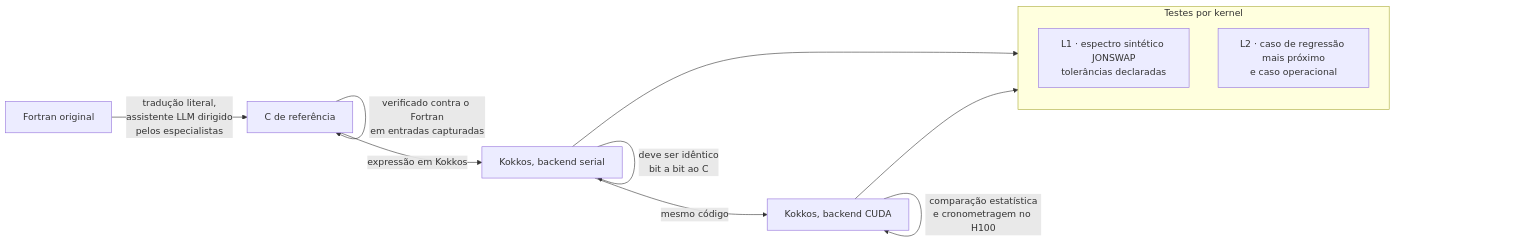
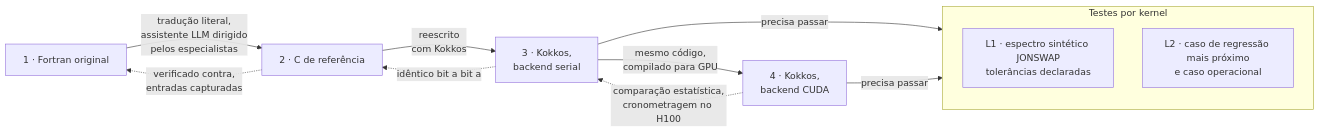
The sixth of 8 diagrams in pubs/proposal/mapas-mentais.pt.md (h0ffmann/ww3-gpu), drawn with Mermaid before and after one commit. The commit also changed other lines of this file and 15 other files, not shown here.

First line of the commit message:
figures: clearer diagrams and explanations always visible

````diff
--- a/pubs/proposal/mapas-mentais.pt.md
+++ b/pubs/proposal/mapas-mentais.pt.md
@@ -228,17 +228,17 @@
 ```mermaid
 %% figure: proposta-validacao-traducao
 %% title: Como cada versão traduzida é verificada contra a anterior?
 flowchart LR
-    A[Fortran original] -- tradução literal,<br/>assistente LLM dirigido<br/>pelos especialistas --> B[C de referência]
-    B -- verificado contra o Fortran<br/>em entradas capturadas --> B
-    B -- expressão em Kokkos --> C[Kokkos, backend serial]
-    C -- deve ser idêntico<br/>bit a bit ao C --> C
-    C -- mesmo código --> D[Kokkos, backend CUDA]
-    D -- comparação estatística<br/>e cronometragem no H100 --> D
+    A[1 · Fortran original] -- tradução literal,<br/>assistente LLM dirigido<br/>pelos especialistas --> B[2 · C de referência]
+    B -- reescrito<br/>com Kokkos --> C[3 · Kokkos,<br/>backend serial]
+    C -- mesmo código,<br/>compilado para GPU --> D[4 · Kokkos,<br/>backend CUDA]
+    B -. verificado contra,<br/>entradas capturadas .-> A
+    C -. idêntico bit a bit a .-> B
+    D -. comparação estatística,<br/>cronometragem no H100 .-> C
     subgraph T[Testes por kernel]
         L1[L1 · espectro sintético JONSWAP<br/>tolerâncias declaradas]
         L2[L2 · caso de regressão mais próximo<br/>e caso operacional]
     end
-    C --> T
-    D --> T
+    C -- precisa passar --> T
+    D -- precisa passar --> T
 ```
````
